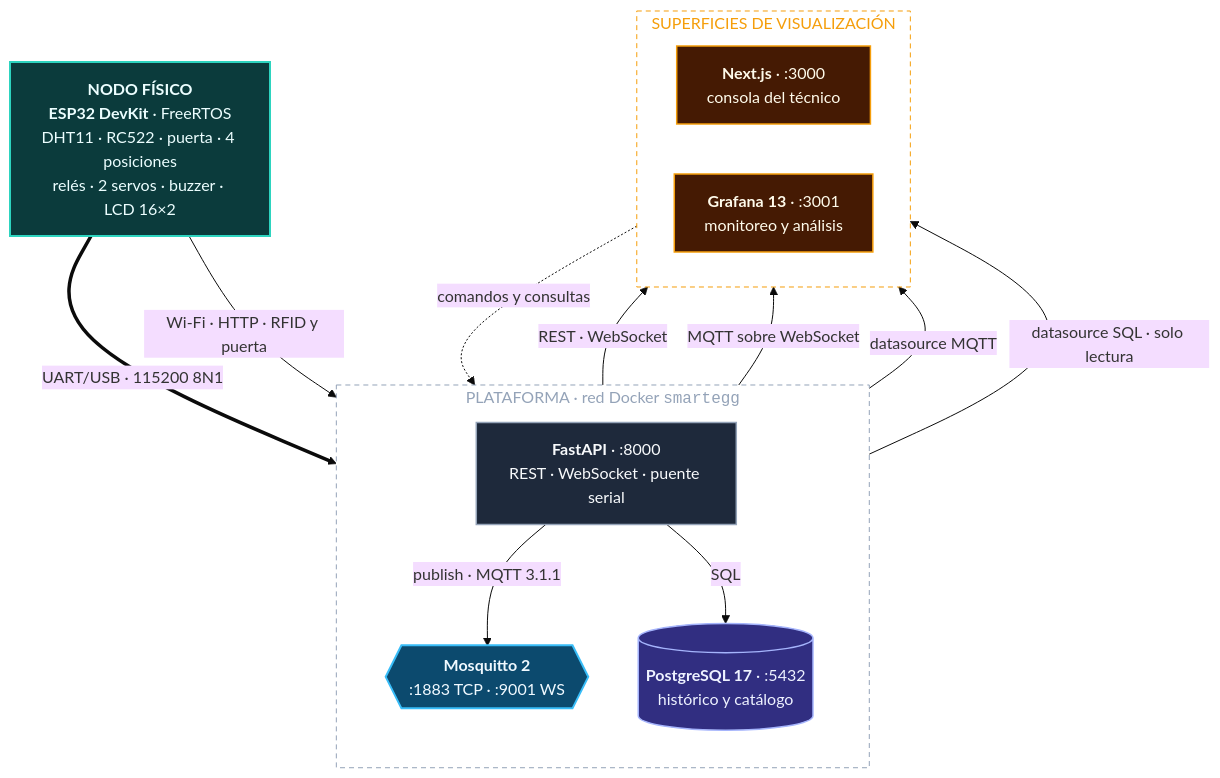
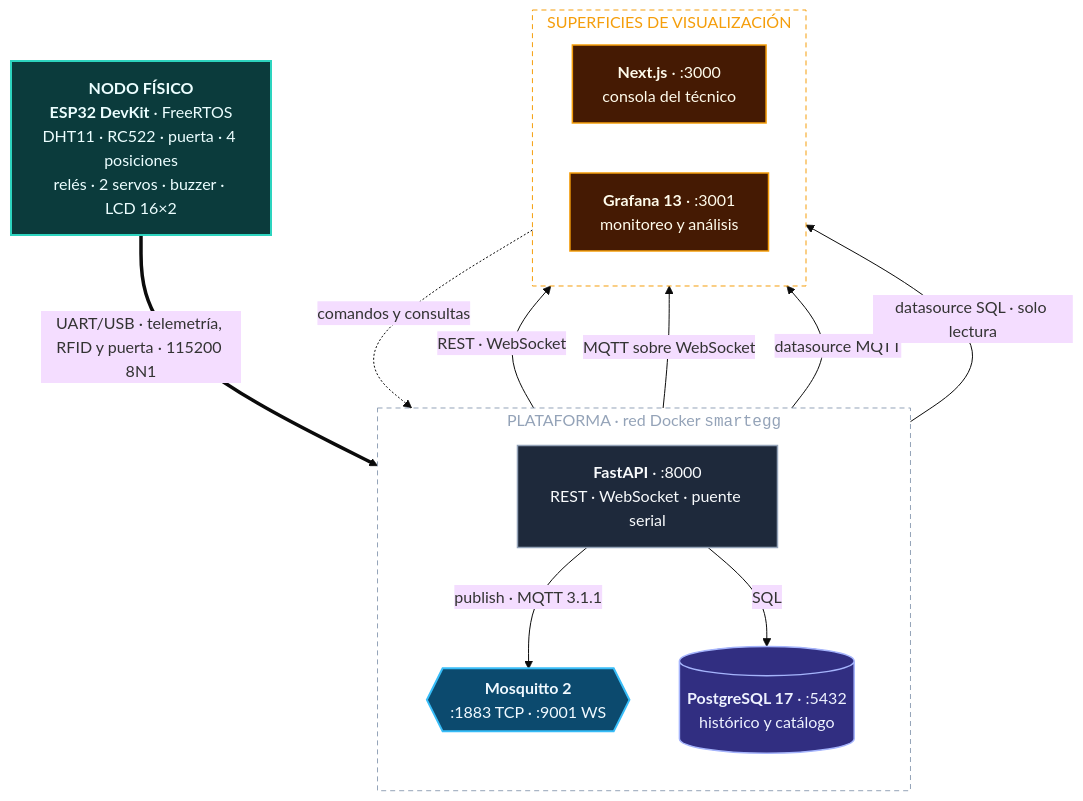
One commit to ricardious/AYC2_G3 changed the first of 7 diagrams in Proyecto_1_SmartEgg/README.md. Above: the diagram before and after it, drawn with Mermaid (base theme). The commit also changed other lines of this file and 18 other files, not shown here.

````diff
--- a/Proyecto_1_SmartEgg/README.md
+++ b/Proyecto_1_SmartEgg/README.md
@@ -50,42 +50,41 @@
 ```mermaid
 flowchart TB
     NODE["<b>NODO FÍSICO</b><br/><b>ESP32 DevKit</b> · FreeRTOS<br/>DHT11 · RC522 · puerta · 4 posiciones<br/>relés · 2 servos · buzzer · LCD 16×2"]
 
     subgraph PLATAFORMA["PLATAFORMA · red Docker <code>smartegg</code>"]
         direction TB
         API["<b>FastAPI</b> · :8000<br/>REST · WebSocket · puente serial"]
         MQTT{{"<b>Mosquitto 2</b><br/>:1883 TCP · :9001 WS"}}
         DB[("<b>PostgreSQL 17</b> · :5432<br/>histórico y catálogo")]
         API -->|"publish · MQTT 3.1.1"| MQTT
         API -->|"SQL"| DB
     end
 
     subgraph CONSUMO["SUPERFICIES DE VISUALIZACIÓN"]
         direction LR
         WEB["<b>Next.js</b> · :3000<br/>consola del técnico"]
         GRAFANA["<b>Grafana 13</b> · :3001<br/>monitoreo y análisis"]
     end
 
-    NODE ==>|"UART/USB · 115200 8N1"| API
-    NODE -->|"Wi-Fi · HTTP · RFID y puerta"| API
+    NODE ==>|"UART/USB · telemetría, RFID y puerta · 115200 8N1"| API
     API -->|"REST · WebSocket"| WEB
     WEB -.->|"comandos y consultas"| API
     MQTT -->|"MQTT sobre WebSocket"| WEB
     MQTT -->|"datasource MQTT"| GRAFANA
     DB -->|"datasource SQL · solo lectura"| GRAFANA
 
     classDef fisico fill:#0b3b3c,stroke:#2dd4bf,color:#ecfeff,stroke-width:2px
     classDef servicio fill:#1e293b,stroke:#94a3b8,color:#f8fafc,stroke-width:1.5px
     classDef almacen fill:#312e81,stroke:#a5b4fc,color:#eef2ff,stroke-width:1.5px
     classDef broker fill:#0c4a6e,stroke:#38bdf8,color:#f0f9ff,stroke-width:2px
     classDef vista fill:#451a03,stroke:#f59e0b,color:#fffbeb,stroke-width:1.5px
 
     class NODE fisico
     class API servicio
     class DB almacen
     class MQTT broker
     class WEB,GRAFANA vista
 
     style PLATAFORMA fill:none,stroke:#94a3b8,stroke-dasharray:5 4,color:#94a3b8
     style CONSUMO fill:none,stroke:#f59e0b,stroke-dasharray:5 4,color:#f59e0b
 ```
````
